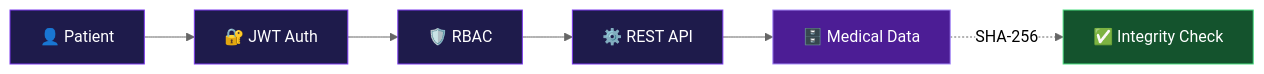
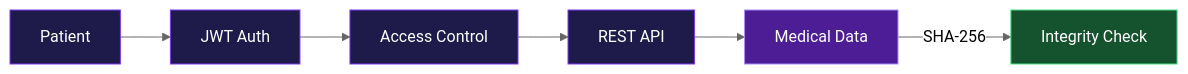
Before and after one commit to Rockyyy2312/Rockyyy2312: the second of 4 diagrams in README.md, drawn with Mermaid (neutral theme). The commit also changed other lines of this file, not shown here.

````diff
--- a/README.md
+++ b/README.md
@@ -128,14 +123,14 @@
 ```mermaid
 flowchart LR
-    A[👤 Patient] --> B[🔐 JWT Auth]
-    B --> C[🛡️ RBAC]
-    C --> D[⚙️ REST API]
-    D --> E[🗄️ Medical Data]
-    E -. SHA-256 .-> F[✅ Integrity Check]
+    A["Patient"] --> B["JWT Auth"]
+    B --> C["Access Control"]
+    C --> D["REST API"]
+    D --> E["Medical Data"]
+    E -->|"SHA-256"| F["Integrity Check"]
     style A fill:#1e1b4b,stroke:#7c3aed,color:#fff
     style B fill:#1e1b4b,stroke:#7c3aed,color:#fff
     style C fill:#1e1b4b,stroke:#7c3aed,color:#fff
     style D fill:#1e1b4b,stroke:#7c3aed,color:#fff
     style E fill:#4c1d95,stroke:#a78bfa,color:#fff
     style F fill:#14532d,stroke:#4ade80,color:#fff
 ```
````
